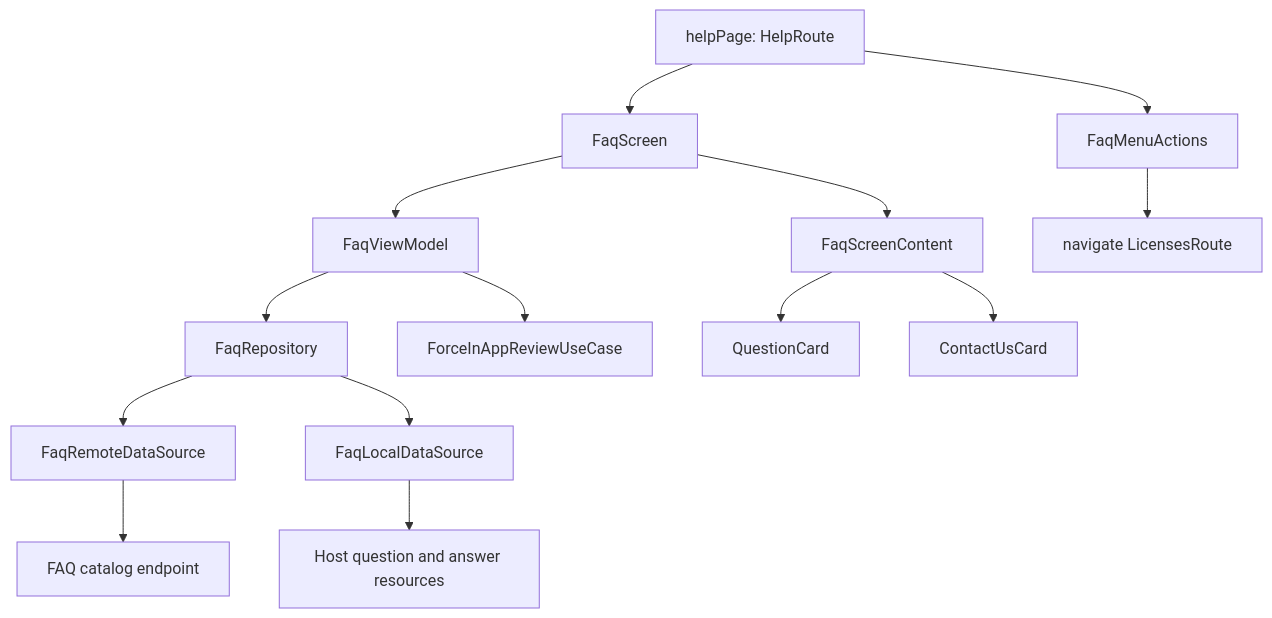
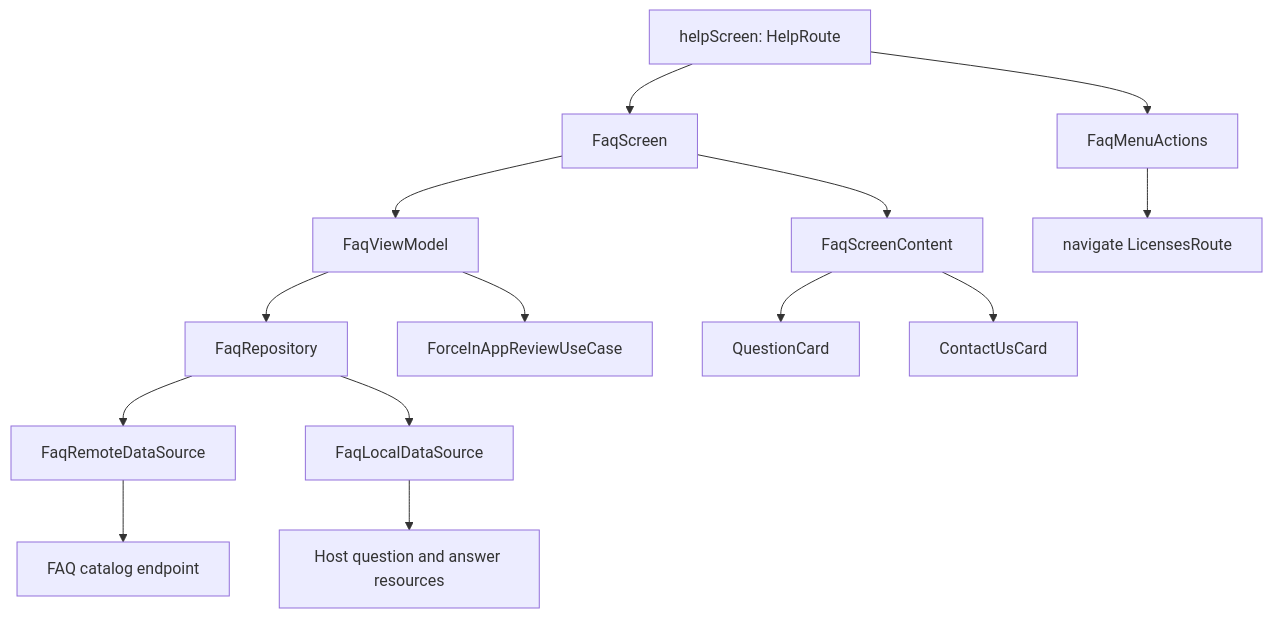
Before and after one commit to MihaiCristianCondrea/App-Toolkit-for-Android: the diagram in library/feature/faq/README.md, drawn with Mermaid. The commit also changed other lines of this file and 28 other files, not shown here.

````diff
--- a/library/feature/faq/README.md
+++ b/library/feature/faq/README.md
@@ -87,16 +88,16 @@
 ```mermaid
 flowchart TD
-    Page[helpPage: HelpRoute] --> Screen[FaqScreen]
+    Page[helpScreen: HelpRoute] --> Screen[FaqScreen]
     Page --> Menu[FaqMenuActions]
     Screen --> VM[FaqViewModel]
     Screen --> Content[FaqScreenContent]
     VM --> Repo[FaqRepository]
     Repo --> Remote[FaqRemoteDataSource]
     Remote --> Catalog[FAQ catalog endpoint]
     Repo --> Local[FaqLocalDataSource]
     Local --> Resources[Host question and answer resources]
     Content --> Card[QuestionCard]
     Content --> Contact[ContactUsCard]
     VM --> Review[ForceInAppReviewUseCase]
     Menu --> Licenses[navigate LicensesRoute]
 ```
````
